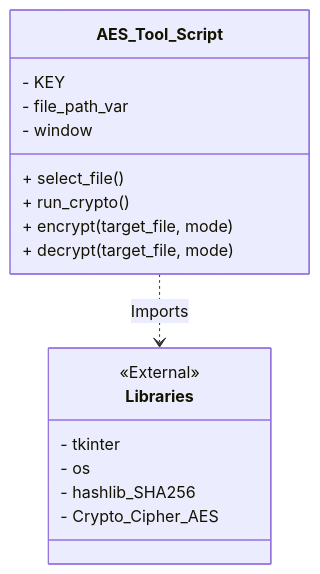
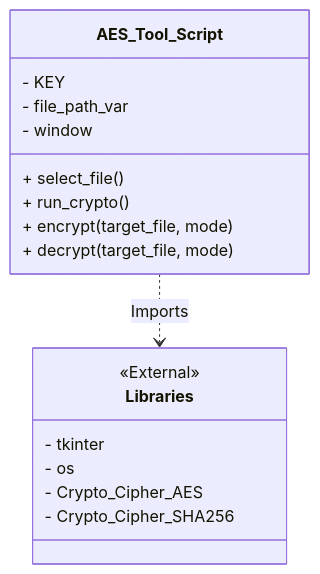
Before and after one commit to ostriichLEN/114-1-Information-Security-Final_Project: the first of 3 diagrams in README.md, drawn with Mermaid. The commit also changed other lines of this file, not shown here.

````diff
--- a/README.md
+++ b/README.md
@@ -4,23 +4,23 @@
 ```mermaid
 classDiagram
     direction TB
     
     class AES_Tool_Script
     AES_Tool_Script : - KEY
     AES_Tool_Script : - file_path_var
     AES_Tool_Script : - window
     AES_Tool_Script : + select_file()
     AES_Tool_Script : + run_crypto()
     AES_Tool_Script : + encrypt(target_file, mode)
     AES_Tool_Script : + decrypt(target_file, mode)
 
     class Libraries
     <<External>> Libraries
     Libraries : - tkinter
     Libraries : - os
-    Libraries : - hashlib_SHA256
     Libraries : - Crypto_Cipher_AES
+    Libraries : - Crypto_Cipher_SHA256
 
     
     AES_Tool_Script ..> Libraries : Imports
 ```
````
